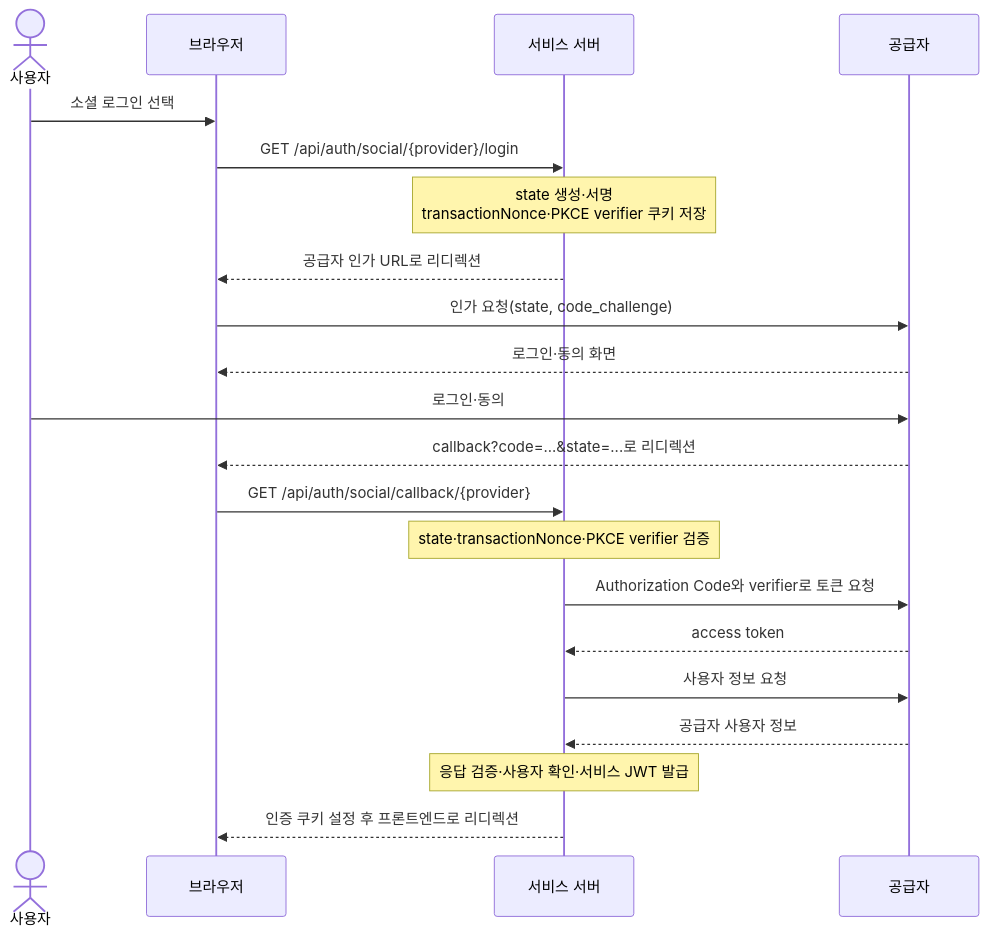
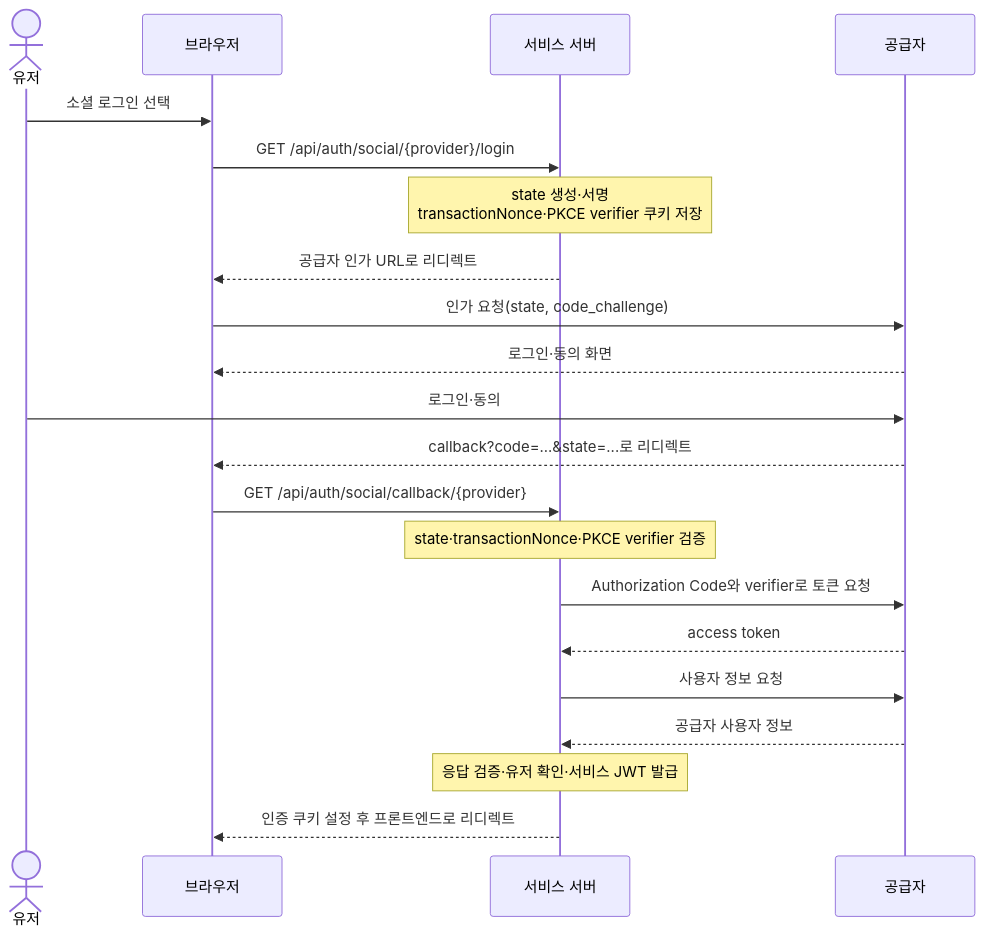
The diagram in SOCIAL_LOGIN_FLOWS.md (winverse/codeit-fs-social-oauth-starter), drawn with Mermaid before and after one commit. The commit also changed other lines of this file, not shown here.

````diff
--- a/SOCIAL_LOGIN_FLOWS.md
+++ b/SOCIAL_LOGIN_FLOWS.md
@@ -5,24 +5,24 @@
 ```mermaid
 sequenceDiagram
-    actor U as 사용자
+    actor U as 유저
     participant B as 브라우저
     participant S as 서비스 서버
     participant P as 공급자
 
     U->>B: 소셜 로그인 선택
     B->>S: GET /api/auth/social/{provider}/login
     Note over S: state 생성·서명<br/>transactionNonce·PKCE verifier 쿠키 저장
-    S-->>B: 공급자 인가 URL로 리디렉션
+    S-->>B: 공급자 인가 URL로 리디렉트
     B->>P: 인가 요청(state, code_challenge)
     P-->>B: 로그인·동의 화면
     U->>P: 로그인·동의
-    P-->>B: callback?code=...&state=...로 리디렉션
+    P-->>B: callback?code=...&state=...로 리디렉트
     B->>S: GET /api/auth/social/callback/{provider}
     Note over S: state·transactionNonce·PKCE verifier 검증
     S->>P: Authorization Code와 verifier로 토큰 요청
     P-->>S: access token
     S->>P: 사용자 정보 요청
     P-->>S: 공급자 사용자 정보
-    Note over S: 응답 검증·사용자 확인·서비스 JWT 발급
-    S-->>B: 인증 쿠키 설정 후 프론트엔드로 리디렉션
+    Note over S: 응답 검증·유저 확인·서비스 JWT 발급
+    S-->>B: 인증 쿠키 설정 후 프론트엔드로 리디렉트
 ```
````
